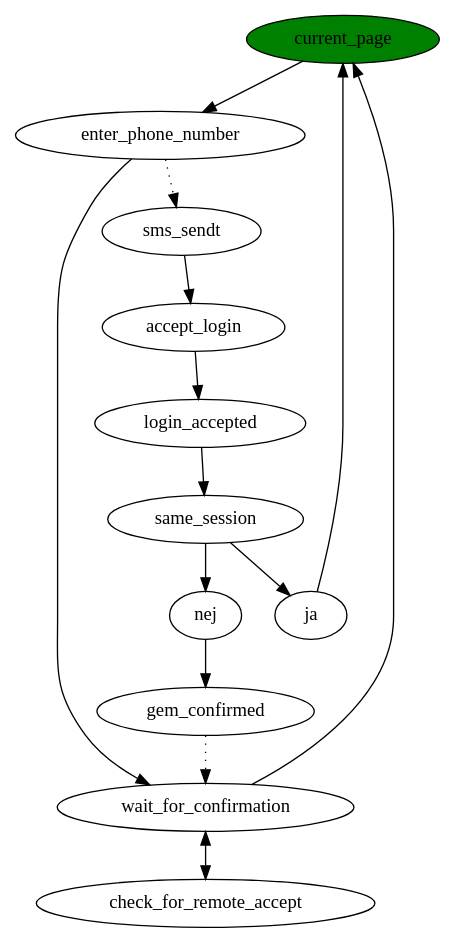
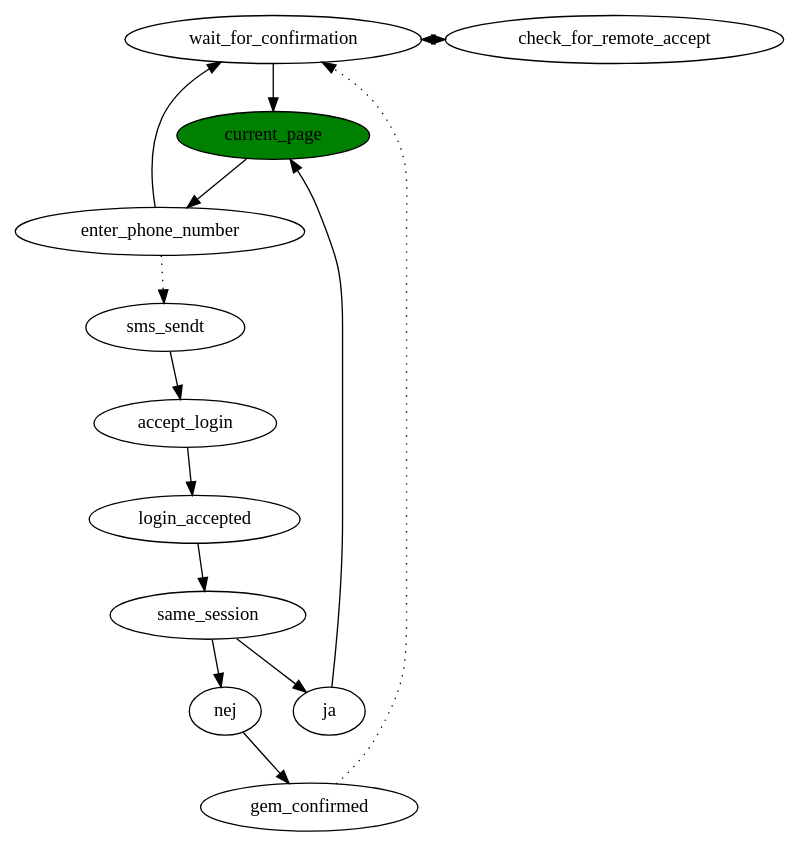
One commit to alslug/alslug.dk changed the diagram in projekter/sms-login.dot. Above: the diagram before and after it, drawn with Graphviz.

```diff
--- a/projekter/sms-login.dot
+++ b/projekter/sms-login.dot
@@ -1,27 +1,32 @@
 digraph xxx {
+  {
+    rank = same;
+    wait_for_confirmation; check_for_remote_accept;
+/////////////////////////////////////////////////////////////////////////////////////
+              wait_for_confirmation ->                                          /////
+                    check_for_remote_accept [ dir=both ];                       /////
+/////////////////////////////////////////////////////////////////////////////////////
+  }
   current_page [ style=filled fillcolor=green ];
   current_page ->
         enter_phone_number ->
               wait_for_confirmation ->
                     current_page;
 /////////////////////////////////////////////////////////////////////////////////////
         enter_phone_number ->                                                   /////
               sms_sendt [ style= dotted ];                                      /////
-/////////////////////////////////////////////////////////////////////////////////////
-              wait_for_confirmation ->                                          /////
-                    check_for_remote_accept [ dir=both ];                       /////
 /////////////////////////////////////////////////////////////////////////////////////
   sms_sendt ->
         accept_login ->
               login_accepted->
                     same_session;
                     same_session -> {ja,nej};
                           ja ->
                                 current_page;
                           nej ->
                                 gem_confirmed;
 /////////////////////////////////////////////////////////////////////////////////////
                                 gem_confirmed ->                                /////
                                       wait_for_confirmation [ style=dotted ];   /////
 /////////////////////////////////////////////////////////////////////////////////////
 }
```
